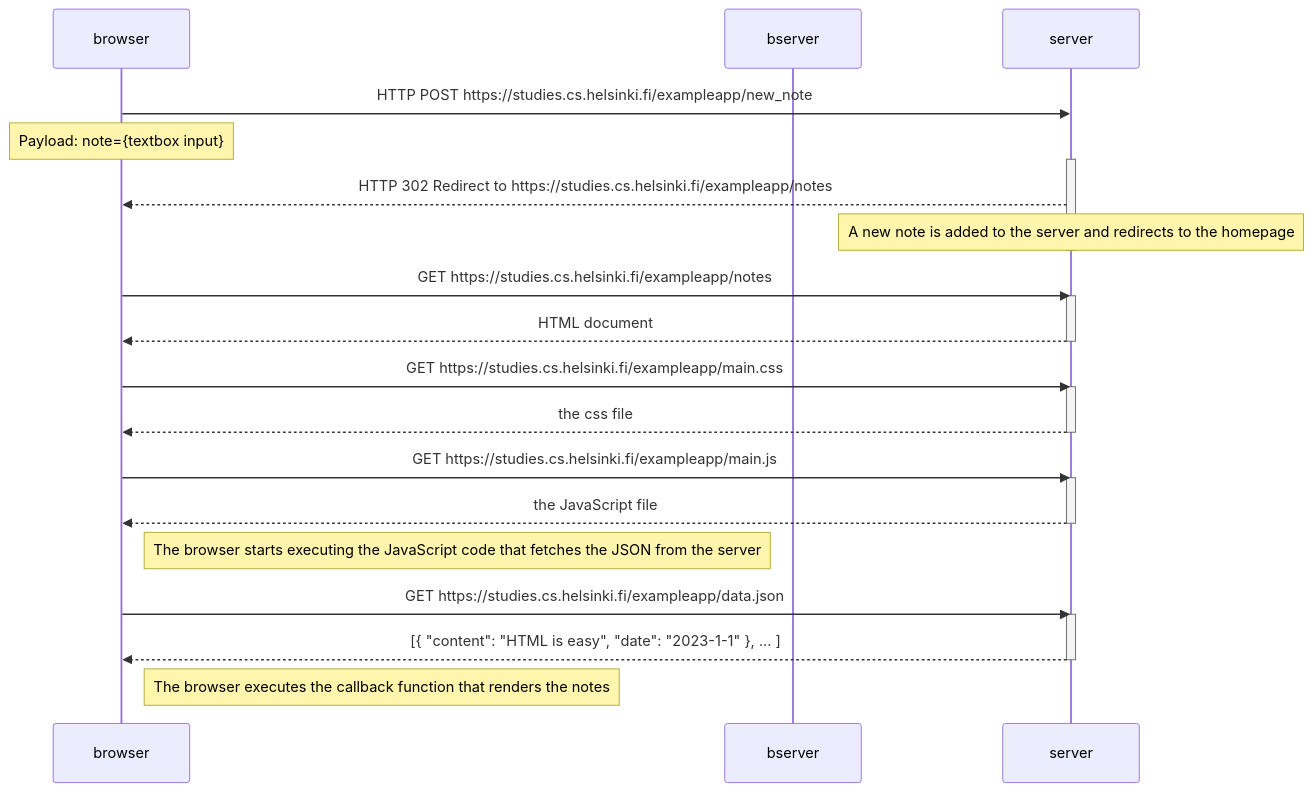
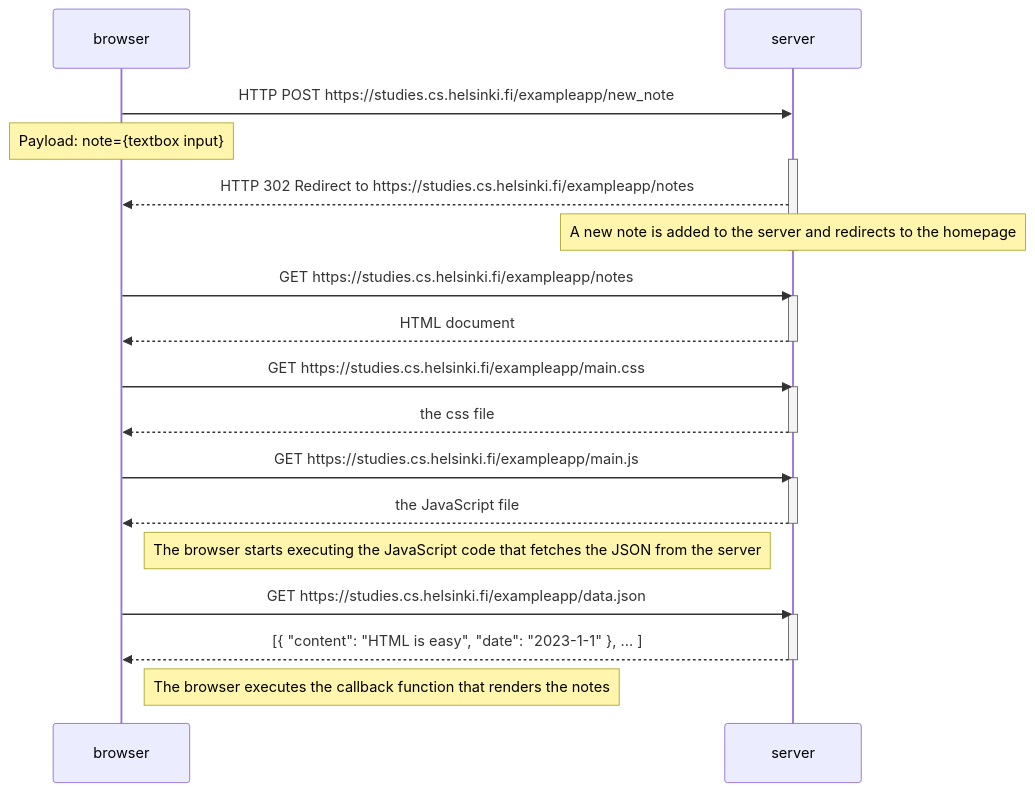
The diagram in excercises/part0/ex0.4.md (mdsahilak/FullStackOpen-Course), drawn with Mermaid before and after one commit.

Commit message:
typo fixes

````diff
--- a/excercises/part0/ex0.4.md
+++ b/excercises/part0/ex0.4.md
@@ -1,36 +1,36 @@
 ```mermaid
 sequenceDiagram
     participant browser
-    participant bserver
+    participant server
 
     browser->>server: HTTP POST https://studies.cs.helsinki.fi/exampleapp/new_note
     Note over browser: Payload: note={textbox input}
     activate server
     server-->>browser: HTTP 302 Redirect to https://studies.cs.helsinki.fi/exampleapp/notes
     Note over server: A new note is added to the server and redirects to the homepage
     deactivate server
 
     browser->>server: GET https://studies.cs.helsinki.fi/exampleapp/notes
     activate server
     server-->>browser: HTML document
     deactivate server
 
     browser->>server: GET https://studies.cs.helsinki.fi/exampleapp/main.css
     activate server
     server-->>browser: the css file
     deactivate server
 
     browser->>server: GET https://studies.cs.helsinki.fi/exampleapp/main.js
     activate server
     server-->>browser: the JavaScript file
     deactivate server
 
     Note right of browser: The browser starts executing the JavaScript code that fetches the JSON from the server
 
     browser->>server: GET https://studies.cs.helsinki.fi/exampleapp/data.json
     activate server
     server-->>browser: [{ "content": "HTML is easy", "date": "2023-1-1" }, ... ]
     deactivate server
 
     Note right of browser: The browser executes the callback function that renders the notes
 ```
````
